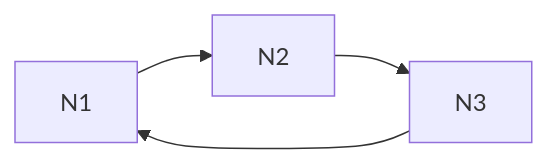
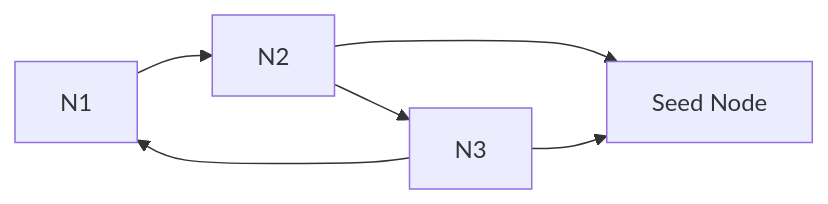
Before and after one commit to limainfo/guia-design-sistema-ti: the tenth of 11 diagrams in 02-technologies/02-database-cassandra/README.md, drawn with Mermaid. The commit also changed other lines of this file, not shown here.

````diff
--- a/02-technologies/02-database-cassandra/README.md
+++ b/02-technologies/02-database-cassandra/README.md
@@ -310,6 +386,8 @@
 ```mermaid
 flowchart LR
     N1 --> N2
     N2 --> N3
     N3 --> N1
+    N2 --> S[Seed Node]
+    N3 --> S
 ```
````
